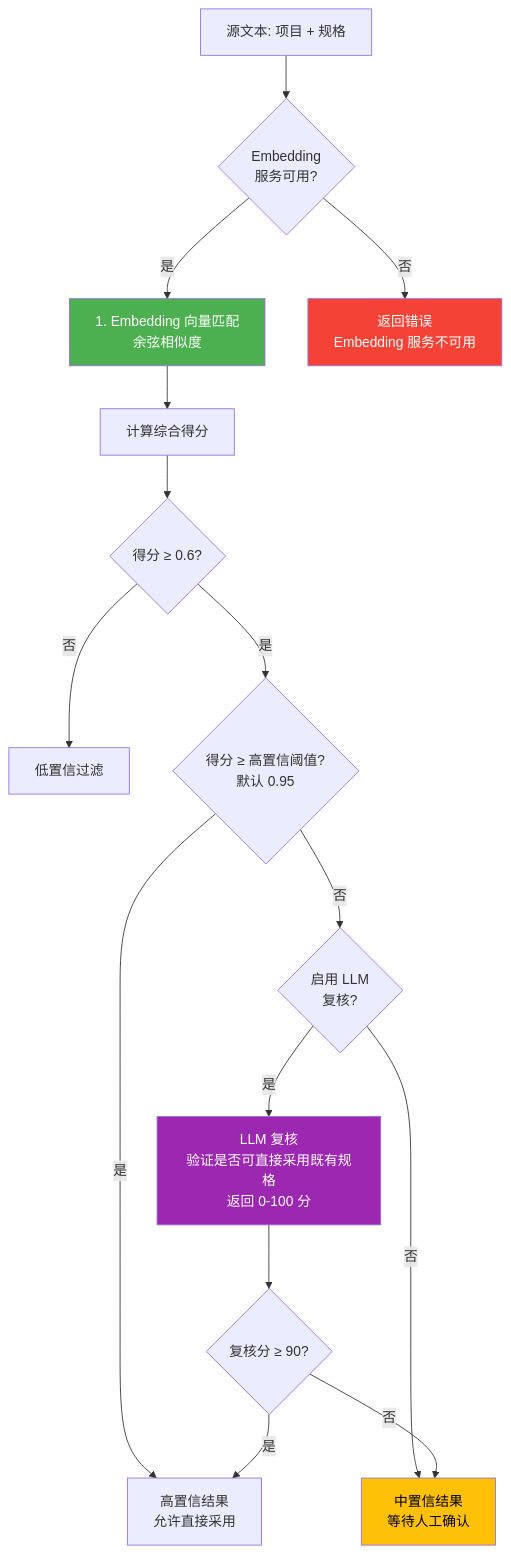
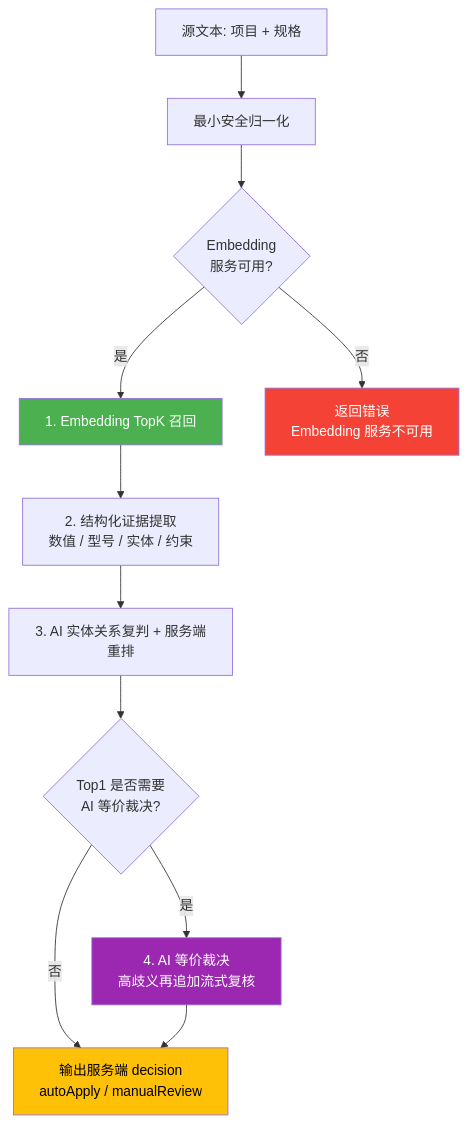
One commit to xiaocaiisxiaocai/AcceptanceSpecRecognition changed the seventh of 28 diagrams in docs/design-overview.md. Above: the diagram before and after it, drawn with Mermaid. The commit also changed other lines of this file and 255 other files, not shown here.

````diff
--- a/docs/design-overview.md
+++ b/docs/design-overview.md
@@ -261,27 +261,20 @@
 ```mermaid
 flowchart TD
-    START[源文本: 项目 + 规格] --> EMB{Embedding<br/>服务可用?}
+    START[源文本: 项目 + 规格] --> NORM[最小安全归一化]
+    NORM --> EMB{Embedding<br/>服务可用?}
 
-    EMB -- 是 --> VEC[1. Embedding 向量匹配<br/>余弦相似度]
+    EMB -- 是 --> VEC[1. Embedding TopK 召回]
     EMB -- 否 --> FAIL[返回错误<br/>Embedding 服务不可用]
 
-    VEC --> SCORE[计算综合得分]
-
-    SCORE --> LOW{得分 ≥ 0.6?}
-    LOW -- 否 --> FILTER[低置信过滤]
-
-    LOW -- 是 --> HIGH{得分 ≥ 高置信阈值?<br/>默认 0.95}
-    HIGH -- 是 --> RESULT[高置信结果<br/>允许直接采用]
-
-    HIGH -- 否 --> LLM_EN{启用 LLM<br/>复核?}
-    LLM_EN -- 否 --> PENDING[中置信结果<br/>等待人工确认]
-    LLM_EN -- 是 --> LLM_R[LLM 复核<br/>验证是否可直接采用既有规格<br/>返回 0-100 分]
-    LLM_R --> REVIEW{复核分 ≥ 90?}
-    REVIEW -- 是 --> RESULT
-    REVIEW -- 否 --> PENDING
+    VEC --> EVIDENCE[2. 结构化证据提取<br/>数值 / 型号 / 实体 / 约束]
+    EVIDENCE --> ENTITY[3. AI 实体关系复判 + 服务端重排]
+    ENTITY --> GATE{Top1 是否需要<br/>AI 等价裁决?}
+    GATE -- 否 --> RESULT[输出服务端 decision<br/>autoApply / manualReview]
+    GATE -- 是 --> LLM_R[4. AI 等价裁决<br/>高歧义再追加流式复核]
+    LLM_R --> RESULT
 
     style VEC fill:#4CAF50,color:#fff
     style FAIL fill:#F44336,color:#fff
     style LLM_R fill:#9C27B0,color:#fff
-    style PENDING fill:#FFC107,color:#000
+    style RESULT fill:#FFC107,color:#000
 ```
````
